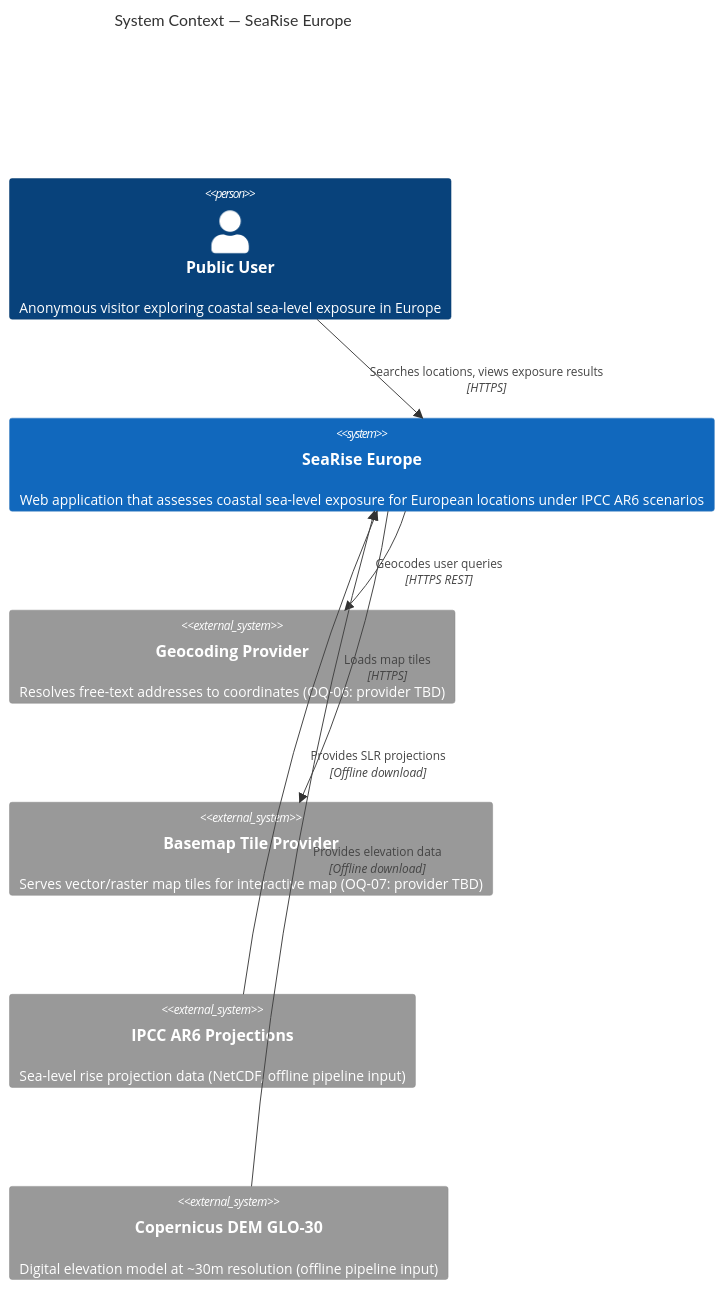
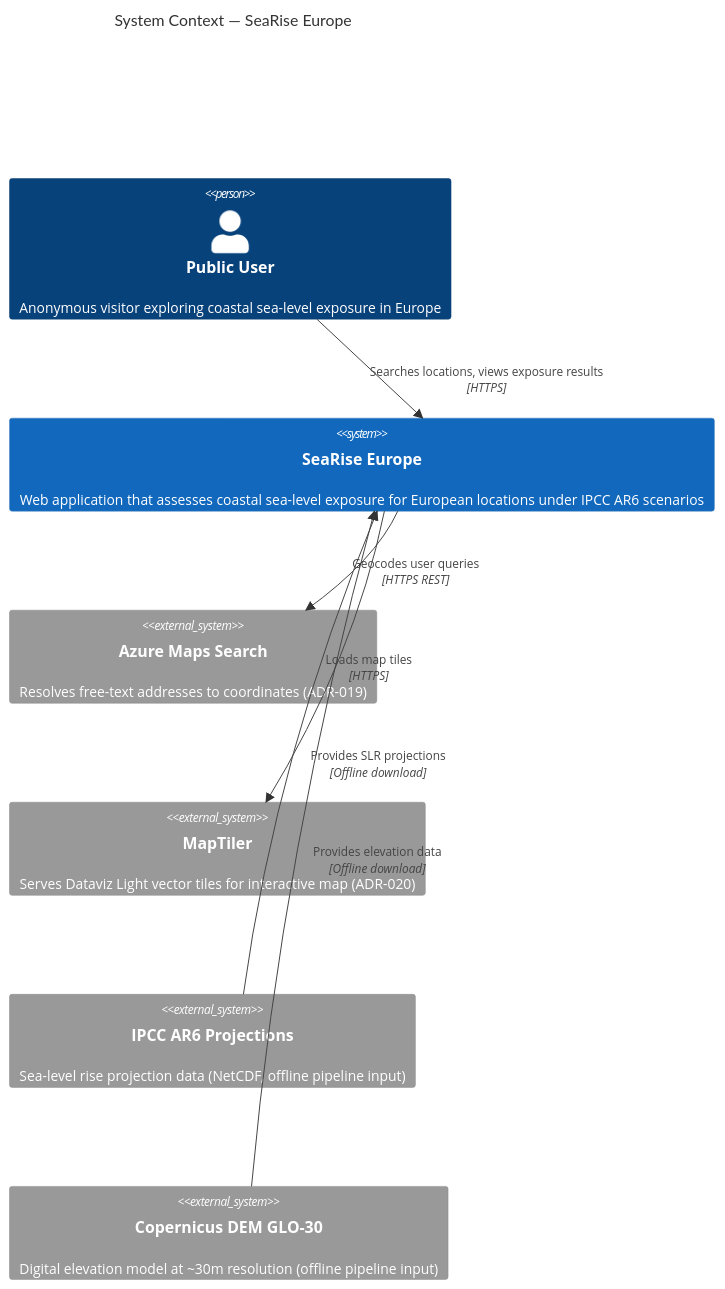
The first of 13 diagrams in docs/architecture/18-uml-system-architecture.md (artemsemdev/SeaRise-Europe), drawn with Mermaid before and after one commit. The commit also changed other lines of this file and 20 other files, not shown here.

````diff
--- a/docs/architecture/18-uml-system-architecture.md
+++ b/docs/architecture/18-uml-system-architecture.md
@@ -36,19 +36,19 @@
 ```mermaid
 C4Context
     title System Context — SeaRise Europe
 
     Person(user, "Public User", "Anonymous visitor exploring coastal sea-level exposure in Europe")
 
     System(searise, "SeaRise Europe", "Web application that assesses coastal sea-level exposure for European locations under IPCC AR6 scenarios")
 
-    System_Ext(geocoding, "Geocoding Provider", "Resolves free-text addresses to coordinates (OQ-06: provider TBD)")
-    System_Ext(basemap, "Basemap Tile Provider", "Serves vector/raster map tiles for interactive map (OQ-07: provider TBD)")
+    System_Ext(geocoding, "Azure Maps Search", "Resolves free-text addresses to coordinates (ADR-019)")
+    System_Ext(basemap, "MapTiler", "Serves Dataviz Light vector tiles for interactive map (ADR-020)")
     System_Ext(ipcc, "IPCC AR6 Projections", "Sea-level rise projection data (NetCDF, offline pipeline input)")
     System_Ext(copernicus, "Copernicus DEM GLO-30", "Digital elevation model at ~30m resolution (offline pipeline input)")
 
     Rel(user, searise, "Searches locations, views exposure results", "HTTPS")
     Rel(searise, geocoding, "Geocodes user queries", "HTTPS REST")
     Rel(searise, basemap, "Loads map tiles", "HTTPS")
     Rel_L(ipcc, searise, "Provides SLR projections", "Offline download")
     Rel_L(copernicus, searise, "Provides elevation data", "Offline download")
 ```
````
